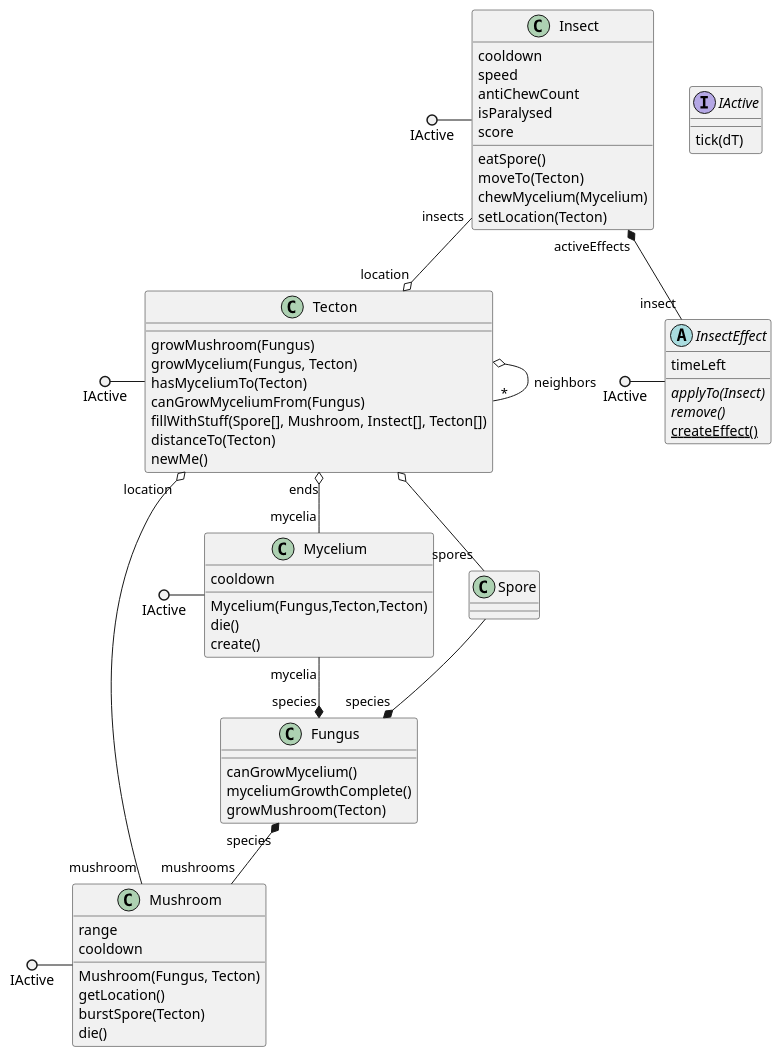
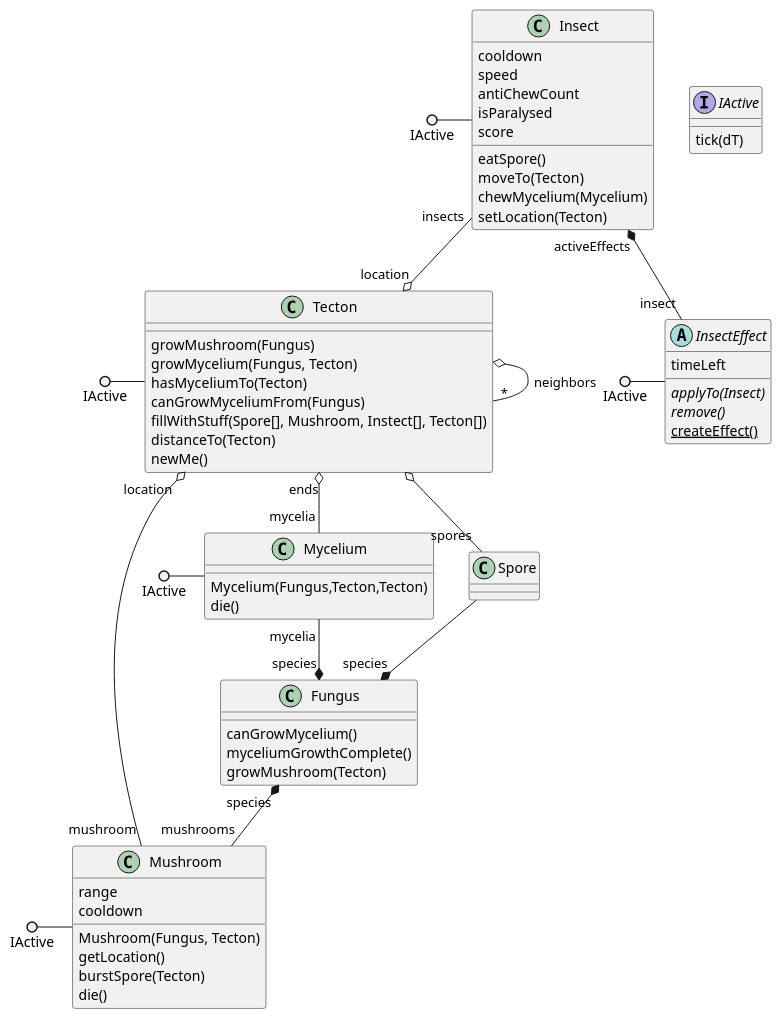
The diagram in classes.pu (ZD4ve/projlab-error521), drawn with PlantUML before and after one commit. The commit also changed 3 other files, not shown here.

```diff
--- a/classes.pu
+++ b/classes.pu
@@ -1,102 +1,99 @@
 @startuml classes
 interface IActive {
     tick(dT)
 }
 'Addneighbor, remove, fill belement többet hogy jelölünk
 'NEM E KELL RETURN TÍPUS'
 
 'Panni: nagyon sok konstruktor még hiányzik!!!
 
 'Dávid: kikommentelt fv-ek getter-setterek, elhagyhatjuk őket?
 'takeSpore->eatspore diagram
 'ha kell remove akkor removemushroom
 'Panni: szerintem a ezek főleg nem getter/setterek, hanem addok, removeok, azok szerintem kellenek
 
 'LÁTHATÓSÁG kell?
 'Panni: szerintem nem, mert a követelményekben szerint amúgy is csak publikus metódusok szerepelhetnek
 
 /' A követelményekből:
     Attribútumok és metódusok is kellenek, típussal, paraméterrel együtt. Itt még csak publikus metódusok szerepelhetnek! 
     Látsszanak a metódus-felüldefiniálások is (a felüldefiniált metódusok a leszármazott osztályban legyenek láthatók,
     a nem felüldefiniáltak a leszármazottban elhagyhatók)
 '/
 class Tecton {
     growMushroom(Fungus)
     growMycelium(Fungus, Tecton)
     hasMyceliumTo(Tecton)
     canGrowMyceliumFrom(Fungus)
     ' removeInsect(Insect)
     ' addInsect(Insect)
     ' addNeighbor(Tecton)
     ' removeNeighbor(Tecton)
     fillWithStuff(Spore[], Mushroom, Instect[], Tecton[])
     distanceTo(Tecton)
     ' addSpore(Spore)
     newMe()
 }
 class Fungus {
     canGrowMycelium()
     myceliumGrowthComplete()
     growMushroom(Tecton)
 }
-'itt a create az micsoda?
 class Mycelium {
-    cooldown
     Mycelium(Fungus,Tecton,Tecton)
     die()
-    create()
 }
 class Mushroom {
     range
     cooldown
     Mushroom(Fungus, Tecton)
     getLocation()
     ' setLocation(Tecton)
     burstSpore(Tecton)
     die()
 }
 class Spore
 
 'Panni: ide nem írom ki a getter-settereket, elegek szntem az attribútumok
 ' +ha van removeEffect() akkor applyEffect() nincs? vagy azt a setIsParalysed() és a hasonlóak helyettesítik?
 ' +azt viszont nem tudom h az asszociációk setterei (pl setLocation) kellenek-e
 class Insect {
     cooldown
     speed
     antiChewCount
     isParalysed
     score
     eatSpore()
     moveTo(Tecton)
     chewMycelium(Mycelium)
     ' removeEffect(InsectEffect)
     setLocation(Tecton)
 }
 abstract InsectEffect {
     timeLeft
     {abstract} applyTo(Insect)
     {abstract} remove()
     {static} createEffect()
 }
 
 IActive ()- Tecton
 IActive ()- Mushroom
 IActive ()- Mycelium
 IActive ()- Insect
 IActive ()- InsectEffect
 
 Tecton o-- "*" Tecton : neighbors
 Tecton "ends" o-- "mycelia" Mycelium
 Tecton o-- "spores" Spore
 Tecton "location" o-- "mushroom" Mushroom
 
 Mycelium "mycelia" --* "species" Fungus
 
 Insect "activeEffects" *-- "insect" InsectEffect
 Insect "insects" --o "location" Tecton
 
 Fungus "species" *-- "mushrooms" Mushroom
 
 Spore --* "species" Fungus
 
 @enduml
```
